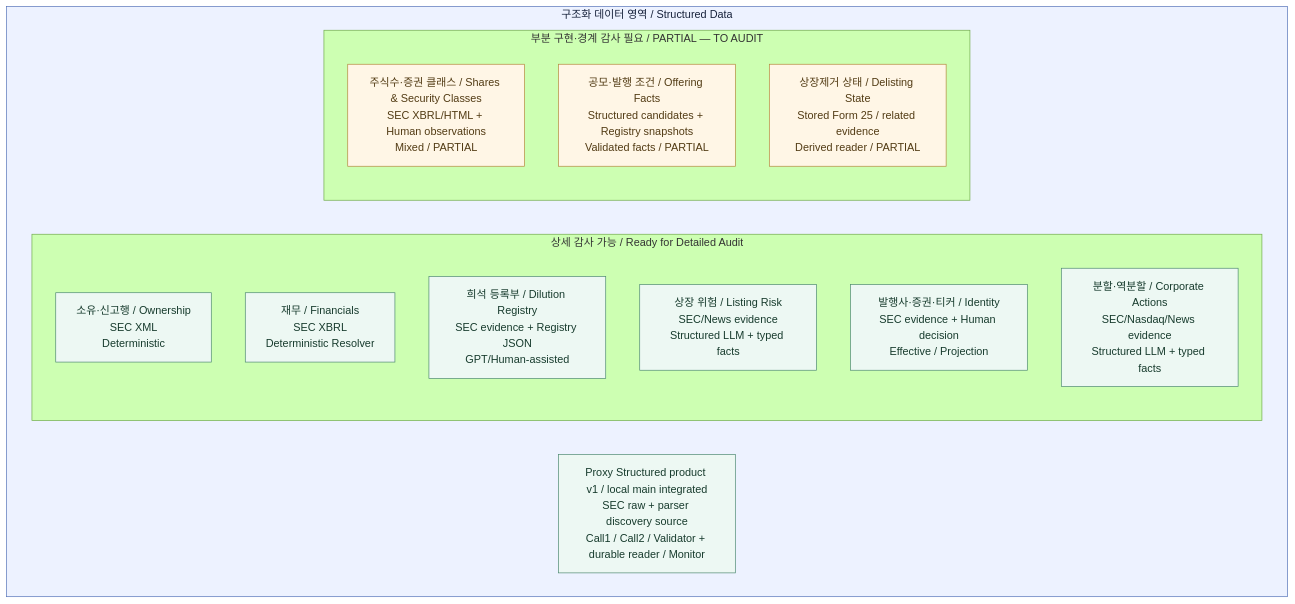
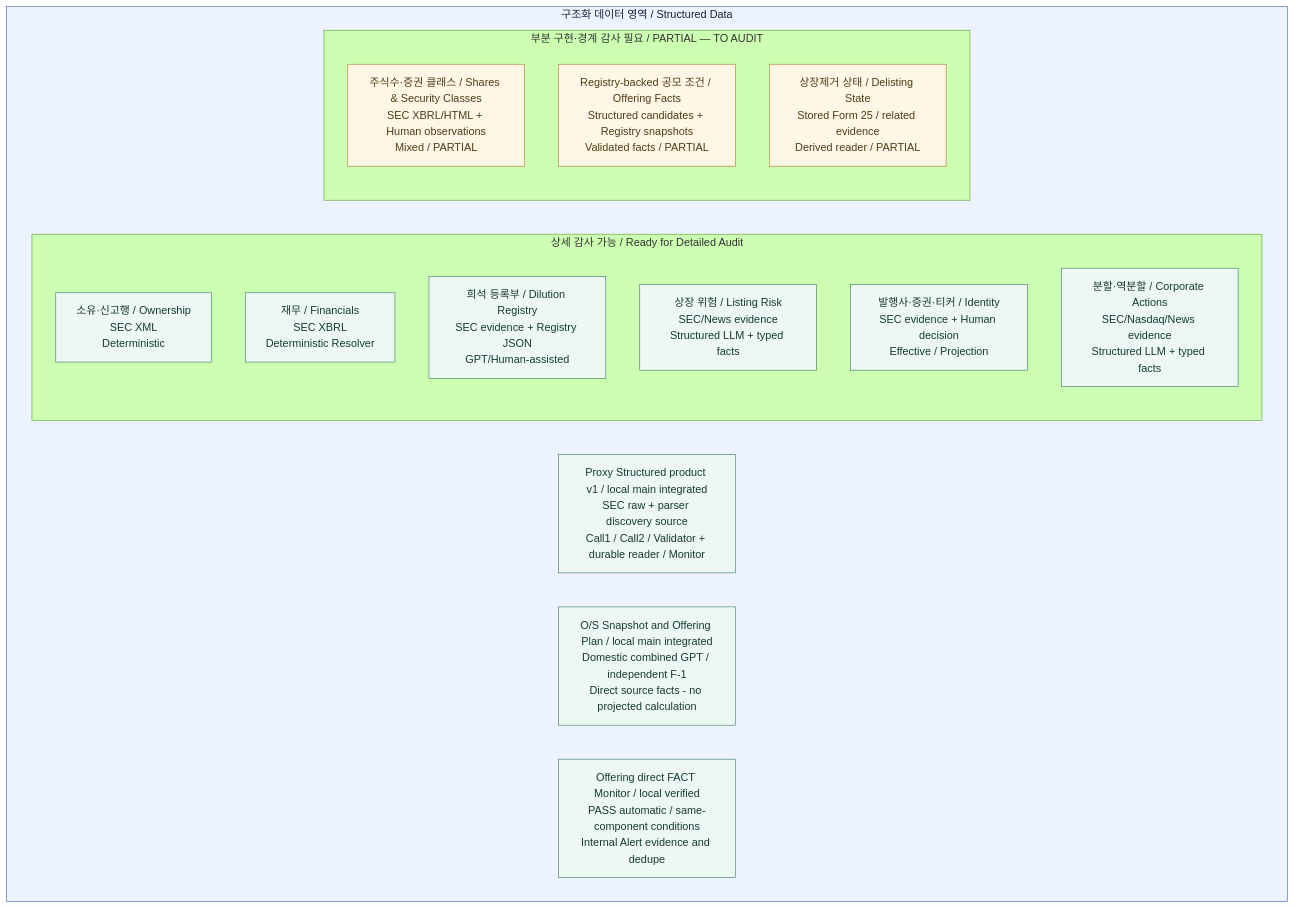
One commit to jaytheasset/us-stock-radar changed the diagram in docs/architecture/map/02-structured-data-overview.md. Above: the diagram before and after it, drawn with Mermaid (forest theme). The commit also changed other lines of this file and 10 other files, not shown here.

Commit message:
docs: synchronize Offering direct-fact architecture and main handoff

````diff
--- a/docs/architecture/map/02-structured-data-overview.md
+++ b/docs/architecture/map/02-structured-data-overview.md
@@ -39,51 +47,57 @@
 ```mermaid
 flowchart TB
     subgraph structured["구조화 데이터 영역 / Structured Data"]
     subgraph ready["상세 감사 가능 / Ready for Detailed Audit"]
         direction TB
         ownership["소유·신고행 / Ownership
 SEC XML
 Deterministic"]
         financials["재무 / Financials
 SEC XBRL
 Deterministic Resolver"]
         dilution["희석 등록부 / Dilution Registry
 SEC evidence + Registry JSON
 GPT/Human-assisted"]
         listing["상장 위험 / Listing Risk
 SEC/News evidence
 Structured LLM + typed facts"]
         identity["발행사·증권·티커 / Identity
 SEC evidence + Human decision
 Effective / Projection"]
         actions["분할·역분할 / Corporate Actions
 SEC/Nasdaq/News evidence
 Structured LLM + typed facts"]
     end
 
     subgraph partial["부분 구현·경계 감사 필요 / PARTIAL — TO AUDIT"]
         direction TB
         shares["주식수·증권 클래스 / Shares & Security Classes
 SEC XBRL/HTML + Human observations
 Mixed / PARTIAL"]
-        offering["공모·발행 조건 / Offering Facts
+        offering["Registry-backed 공모 조건 / Offering Facts
 Structured candidates + Registry snapshots
 Validated facts / PARTIAL"]
         delisting["상장제거 상태 / Delisting State
 Stored Form 25 / related evidence
 Derived reader / PARTIAL"]
     end
 
     proxy["Proxy Structured product v1 / local main integrated
 SEC raw + parser discovery source
 Call1 / Call2 / Validator + durable reader / Monitor"]
 
+    os_plan["O/S Snapshot and Offering Plan / local main integrated
+Domestic combined GPT / independent F-1
+Direct source facts - no projected calculation"]
+    plan_monitor["Offering direct FACT Monitor / local verified
+PASS automatic / same-component conditions
+Internal Alert evidence and dedupe"]
     end
 
     classDef scope fill:#edf2ff,stroke:#5271b8,color:#17223b
     classDef readyBox fill:#edf8f3,stroke:#4c8870,color:#173b2d
     classDef partialBox fill:#fff6e6,stroke:#b3863b,color:#523b14
     class structured scope
-    class ownership,financials,dilution,listing,identity,actions,proxy readyBox
+    class ownership,financials,dilution,listing,identity,actions,proxy,os_plan,plan_monitor readyBox
     class shares,offering,delisting partialBox
 ```
````
